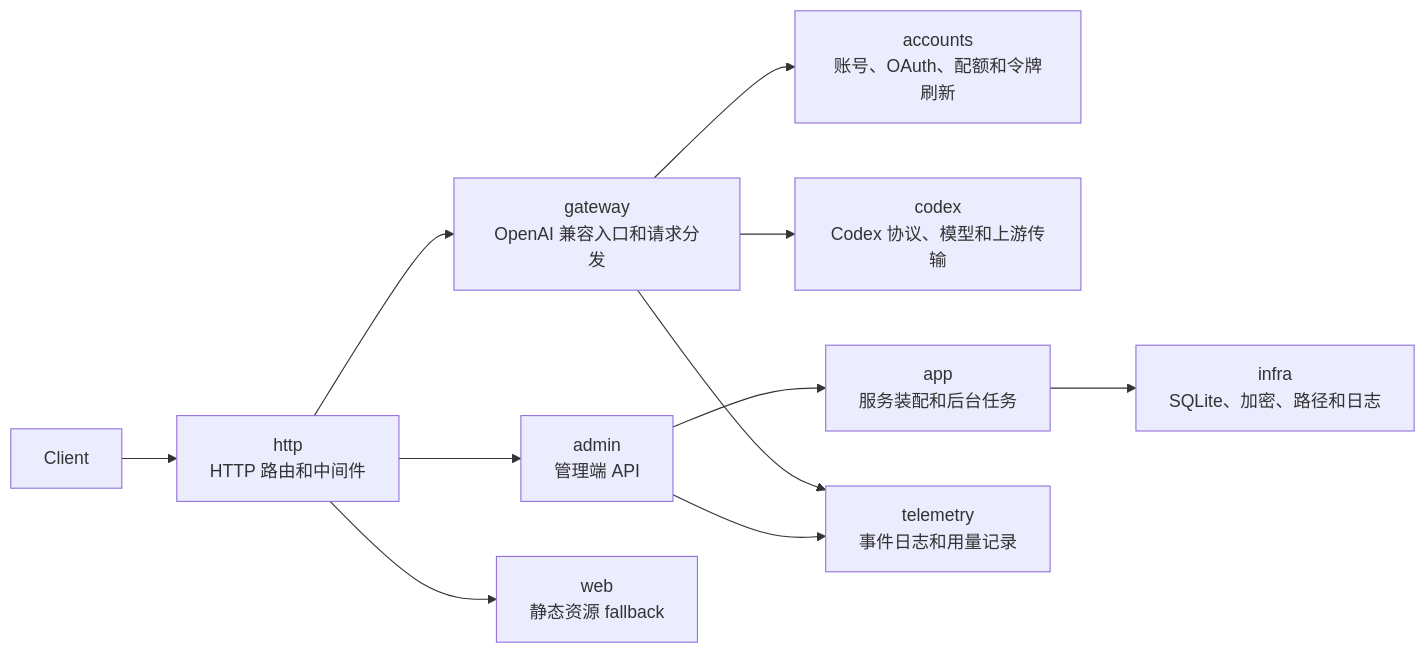
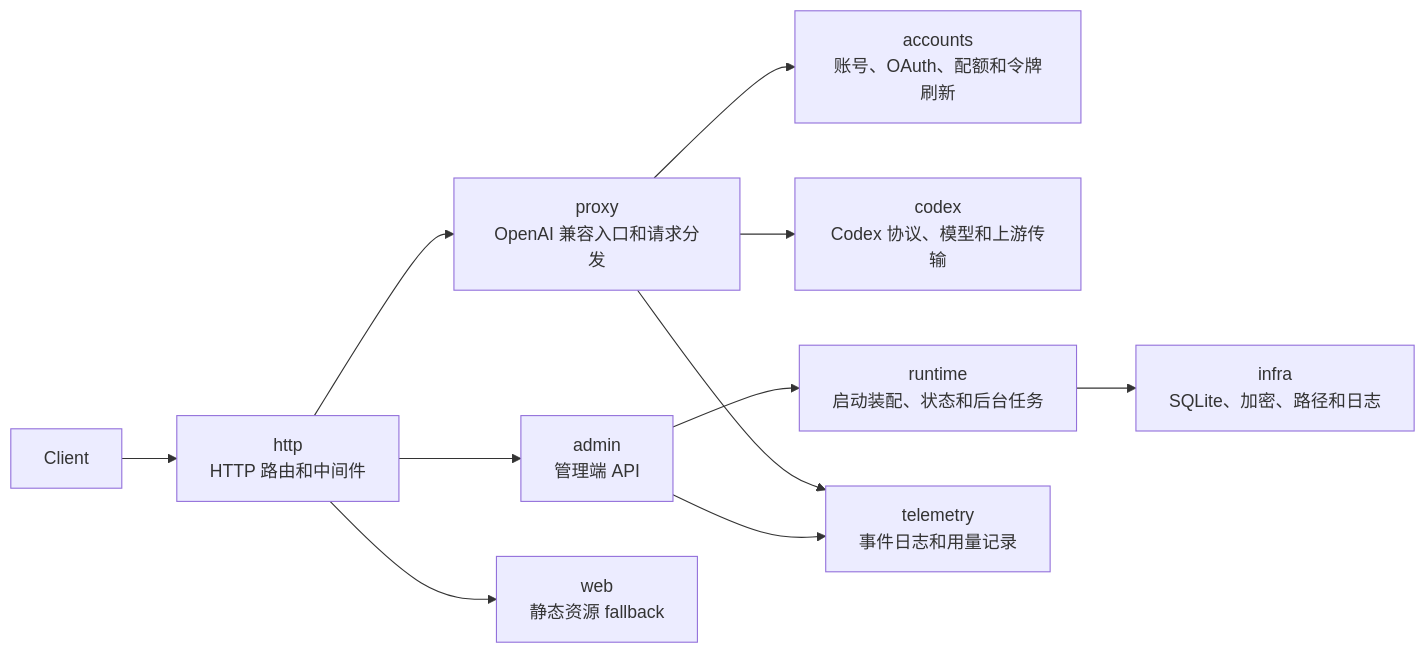
The diagram in README.md (zyycn/codex-proxy-rs), drawn with Mermaid before and after one commit. The commit also changed 118 other files, not shown here.

Commit message:
refactor: align proxy runtime architecture

````diff
--- a/README.md
+++ b/README.md
@@ -41,13 +41,13 @@
 ```mermaid
 flowchart LR
     client[Client] --> http[http<br/>HTTP 路由和中间件]
-    http --> gateway[gateway<br/>OpenAI 兼容入口和请求分发]
-    gateway --> accounts[accounts<br/>账号、OAuth、配额和令牌刷新]
-    gateway --> codex[codex<br/>Codex 协议、模型和上游传输]
+    http --> proxy[proxy<br/>OpenAI 兼容入口和请求分发]
+    proxy --> accounts[accounts<br/>账号、OAuth、配额和令牌刷新]
+    proxy --> codex[codex<br/>Codex 协议、模型和上游传输]
     http --> admin[admin<br/>管理端 API]
-    admin --> app[app<br/>服务装配和后台任务]
-    app --> infra[infra<br/>SQLite、加密、路径和日志]
-    gateway --> telemetry[telemetry<br/>事件日志和用量记录]
+    admin --> runtime[runtime<br/>启动装配、状态和后台任务]
+    runtime --> infra[infra<br/>SQLite、加密、路径和日志]
+    proxy --> telemetry[telemetry<br/>事件日志和用量记录]
     admin --> telemetry
     http --> web[web<br/>静态资源 fallback]
 ```
````
